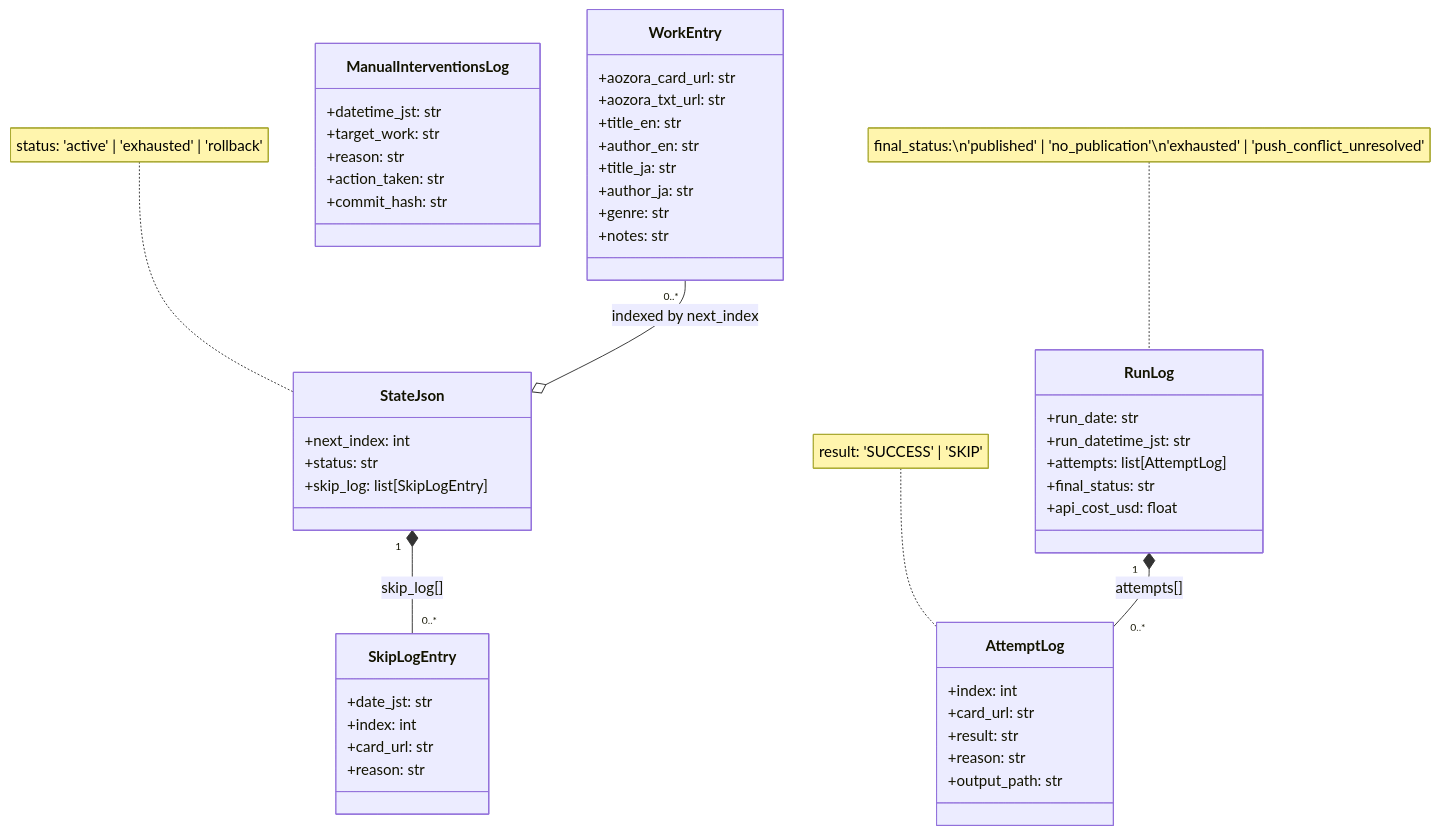
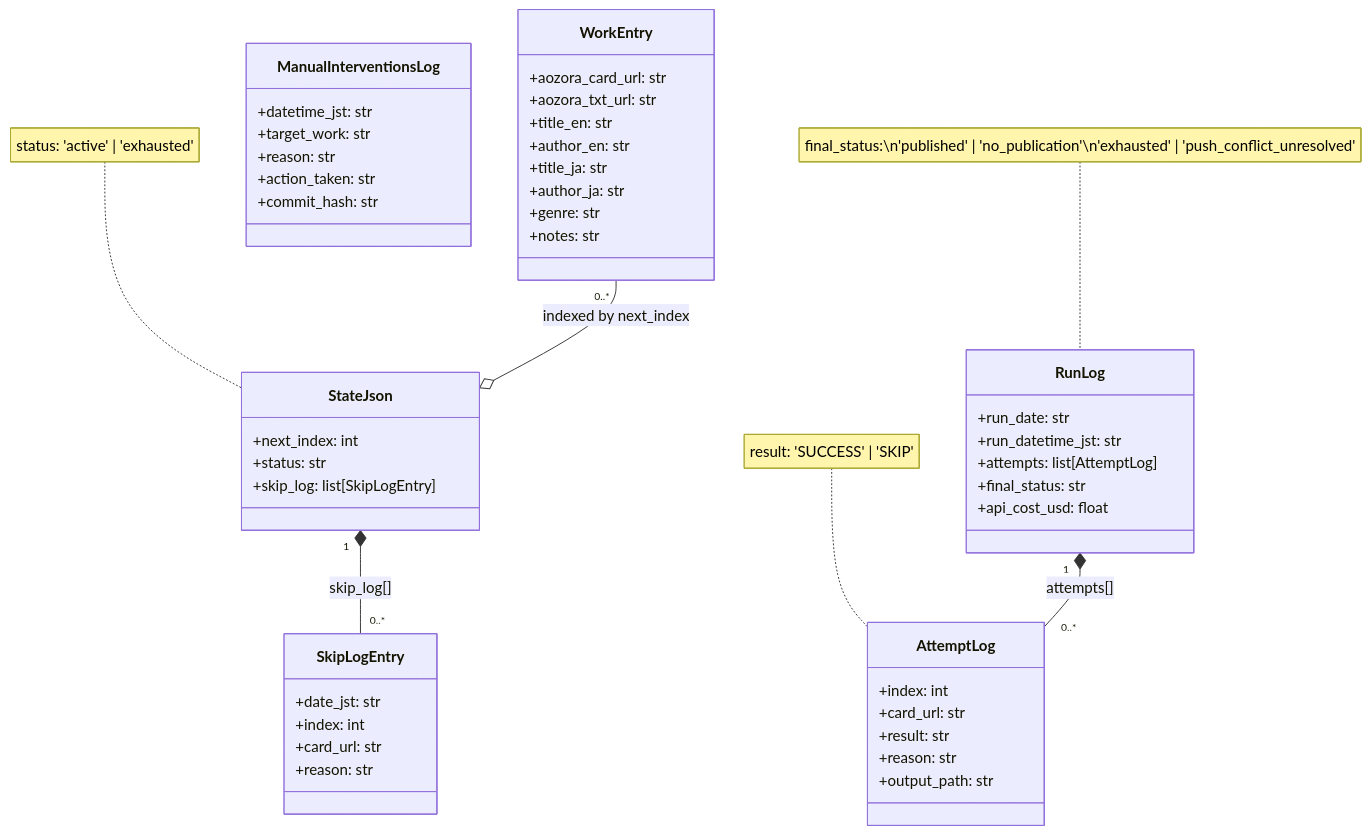
One commit to garyohosu/AozoraDailyTranslations changed the second of 4 diagrams in CLASS.md. Above: the diagram before and after it, drawn with Mermaid. The commit also changed 4 other files, not shown here.

````diff
--- a/CLASS.md
+++ b/CLASS.md
@@ -237,57 +237,57 @@
 ```mermaid
 classDiagram
     class WorkEntry {
         +aozora_card_url: str
         +aozora_txt_url: str
         +title_en: str
         +author_en: str
         +title_ja: str
         +author_ja: str
         +genre: str
         +notes: str
     }
 
     class StateJson {
         +next_index: int
         +status: str
         +skip_log: list[SkipLogEntry]
     }
-    note for StateJson "status: 'active' | 'exhausted' | 'rollback'"
+    note for StateJson "status: 'active' | 'exhausted'"
 
     class SkipLogEntry {
         +date_jst: str
         +index: int
         +card_url: str
         +reason: str
     }
 
     class RunLog {
         +run_date: str
         +run_datetime_jst: str
         +attempts: list[AttemptLog]
         +final_status: str
         +api_cost_usd: float
     }
     note for RunLog "final_status:\n'published' | 'no_publication'\n'exhausted' | 'push_conflict_unresolved'"
 
     class AttemptLog {
         +index: int
         +card_url: str
         +result: str
         +reason: str
         +output_path: str
     }
     note for AttemptLog "result: 'SUCCESS' | 'SKIP'"
 
     class ManualInterventionsLog {
         +datetime_jst: str
         +target_work: str
         +reason: str
         +action_taken: str
         +commit_hash: str
     }
 
     StateJson "1" *-- "0..*" SkipLogEntry : skip_log[]
     RunLog "1" *-- "0..*" AttemptLog : attempts[]
     WorkEntry "0..*" --o StateJson : indexed by next_index
 ```
````
